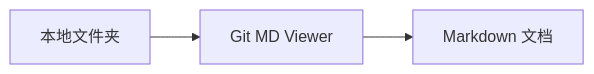
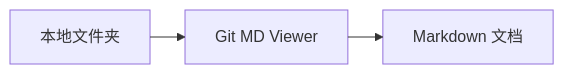
Before and after one commit to yougikou/md-with-git: the diagram in tests/fixtures/local-documents/examples/renderers.md, drawn with Mermaid. The commit also changed 16 other files, not shown here.

````diff
--- a/tests/fixtures/local-documents/examples/renderers.md
+++ b/tests/fixtures/local-documents/examples/renderers.md
@@ -9,5 +9,9 @@
 ```mermaid
+---
+config:
+  layout: elk
+---
 flowchart LR
   Folder[本地文件夹] --> Viewer[Git MD Viewer]
   Viewer --> Document[Markdown 文档]
 ```
````
